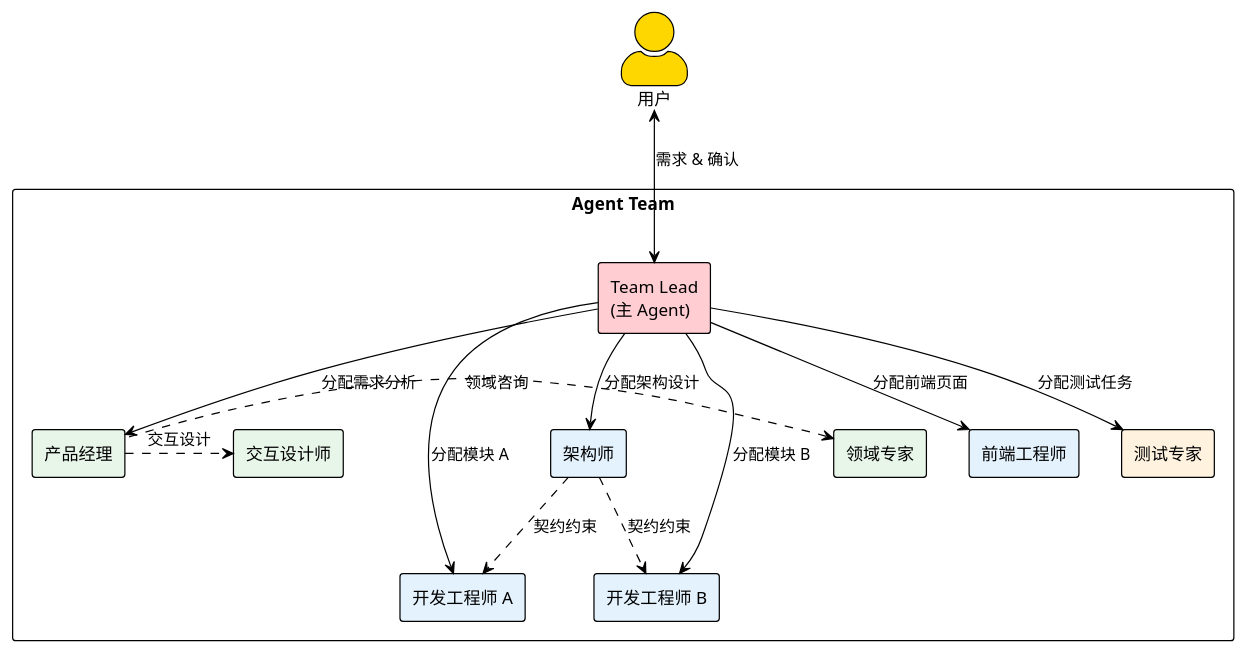
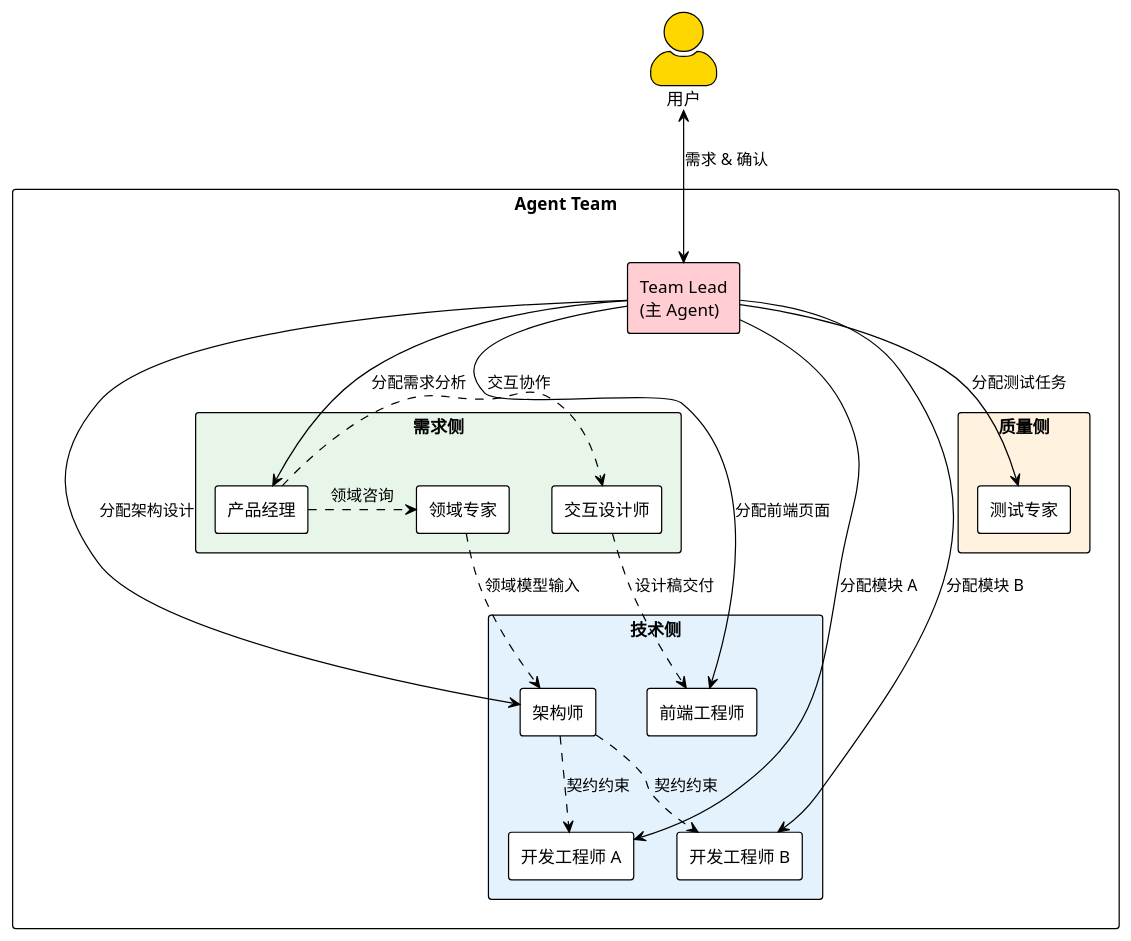
Before and after one commit to strommmm/storms-claude-configuration: the third of 13 diagrams in docs/design-philosophy.md, drawn with PlantUML. The commit also changed other lines of this file, not shown here.

First line of the commit message:
docs: 补充设计理念文档，融入 DDD、TDD 及全部 Agent 角色

````diff
--- a/docs/design-philosophy.md
+++ b/docs/design-philosophy.md
@@ -82,35 +87,47 @@
 ```plantuml
 @startuml
 !theme plain
 skinparam backgroundColor transparent
 skinparam actorStyle awesome
 
 actor "用户" as user #FFD700
 
 rectangle "Agent Team" {
-  agent "产品经理" as pm #E8F5E9
-  agent "领域专家" as de #E8F5E9
-  agent "交互设计师" as id #E8F5E9
-  agent "架构师" as arch #E3F2FD
-  agent "开发工程师 A" as devA #E3F2FD
-  agent "开发工程师 B" as devB #E3F2FD
-  agent "前端工程师" as fe #E3F2FD
-  agent "测试专家" as tester #FFF3E0
+  rectangle "需求侧" #E8F5E9 {
+    agent "产品经理" as pm
+    agent "领域专家" as de
+    agent "交互设计师" as id
+  }
+
+  rectangle "技术侧" #E3F2FD {
+    agent "架构师" as arch
+    agent "开发工程师 A" as devA
+    agent "开发工程师 B" as devB
+    agent "前端工程师" as fe
+  }
+
+  rectangle "质量侧" #FFF3E0 {
+    agent "测试专家" as tester
+  }
+
   agent "Team Lead\n(主 Agent)" as lead #FFCDD2
 }
 
 user <-down-> lead : 需求 & 确认
+
 lead -down-> pm : 分配需求分析
 lead -down-> arch : 分配架构设计
 lead -down-> devA : 分配模块 A
 lead -down-> devB : 分配模块 B
 lead -down-> fe : 分配前端页面
 lead -down-> tester : 分配测试任务
 
-pm .left.> de : 领域咨询
-pm .right.> id : 交互设计
+pm .right.> de : 领域咨询
+pm .right.> id : 交互协作
+de ..> arch : 领域模型输入
 arch ..> devA : 契约约束
 arch ..> devB : 契约约束
+id ..> fe : 设计稿交付
 
 @enduml
 ```
````
